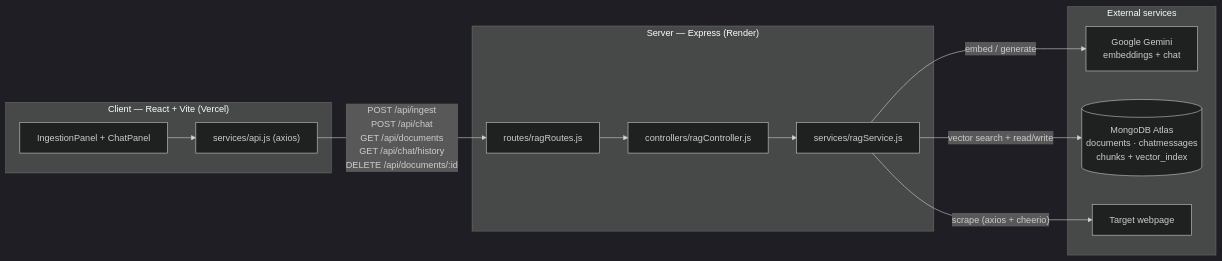
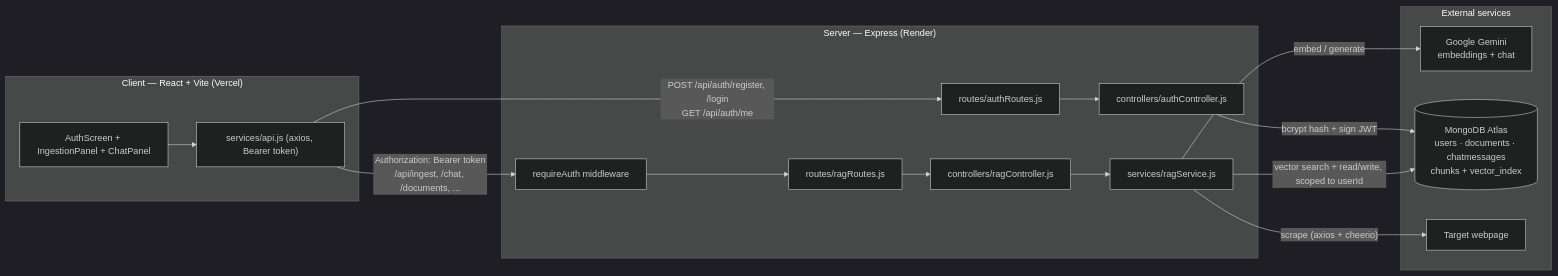
The diagram in README.md (rishavk808/URL-CHAT), drawn with Mermaid (dark theme) before and after one commit. The commit also changed other lines of this file and 16 other files, not shown here.

````diff
--- a/README.md
+++ b/README.md
@@ -42,26 +42,32 @@
 ```mermaid
 flowchart LR
     subgraph Client["Client — React + Vite (Vercel)"]
-        UI["IngestionPanel + ChatPanel"]
-        API["services/api.js (axios)"]
+        UI["AuthScreen + IngestionPanel + ChatPanel"]
+        API["services/api.js (axios, Bearer token)"]
         UI --> API
     end
 
     subgraph Server["Server — Express (Render)"]
+        AR["routes/authRoutes.js"]
+        AC["controllers/authController.js"]
+        RA["requireAuth middleware"]
         R["routes/ragRoutes.js"]
         C["controllers/ragController.js"]
         S["services/ragService.js"]
-        R --> C --> S
+        AR --> AC
+        RA --> R --> C --> S
     end
 
     subgraph External["External services"]
         G["Google Gemini<br/>embeddings + chat"]
-        M[("MongoDB Atlas<br/>documents · chatmessages<br/>chunks + vector_index")]
+        M[("MongoDB Atlas<br/>users · documents · chatmessages<br/>chunks + vector_index")]
         W["Target webpage"]
     end
 
-    API -- "POST /api/ingest<br/>POST /api/chat<br/>GET /api/documents<br/>GET /api/chat/history<br/>DELETE /api/documents/:id" --> R
+    API -- "POST /api/auth/register, /login<br/>GET /api/auth/me" --> AR
+    API -- "Authorization: Bearer token<br/>/api/ingest, /chat, /documents, ..." --> RA
+    AC -- "bcrypt hash + sign JWT" --> M
     S -- "scrape (axios + cheerio)" --> W
     S -- "embed / generate" --> G
-    S -- "vector search + read/write" --> M
+    S -- "vector search + read/write, scoped to userId" --> M
 ```
````
